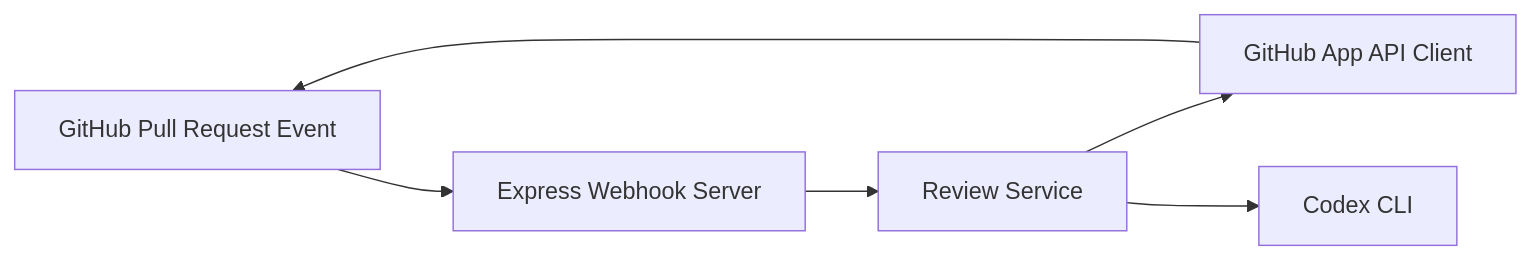
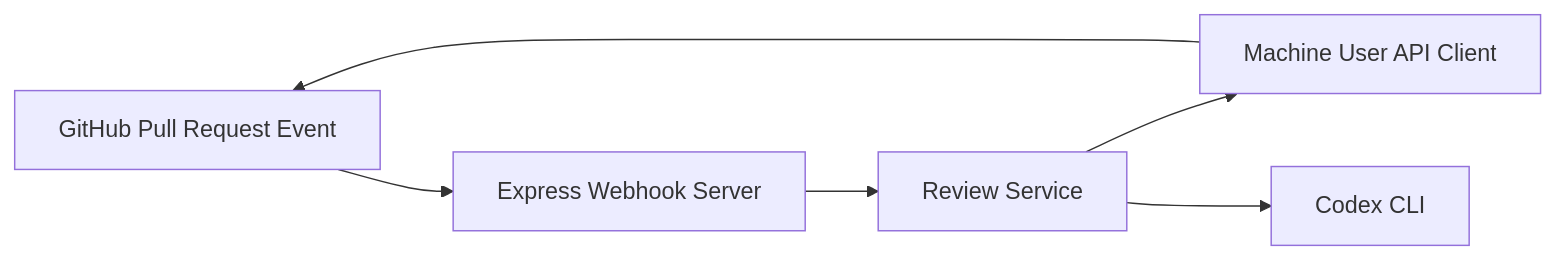
Before and after one commit to tungxuan1656/tx10-bot-gh-review: the first of 2 diagrams in docs/architecture.md, drawn with Mermaid. The commit also changed other lines of this file and 15 other files, not shown here.

First line of the commit message:
feat(review): implement GitHub machine-user review bot with webhook support

````diff
--- a/docs/architecture.md
+++ b/docs/architecture.md
@@ -5,8 +5,8 @@
 ```mermaid
 flowchart LR
   GitHub[GitHub Pull Request Event] --> Webhook[Express Webhook Server]
   Webhook --> Service[Review Service]
-  Service --> GitHubAPI[GitHub App API Client]
+  Service --> GitHubAPI[Machine User API Client]
   Service --> Codex[Codex CLI]
   GitHubAPI --> GitHub
 ```
````
